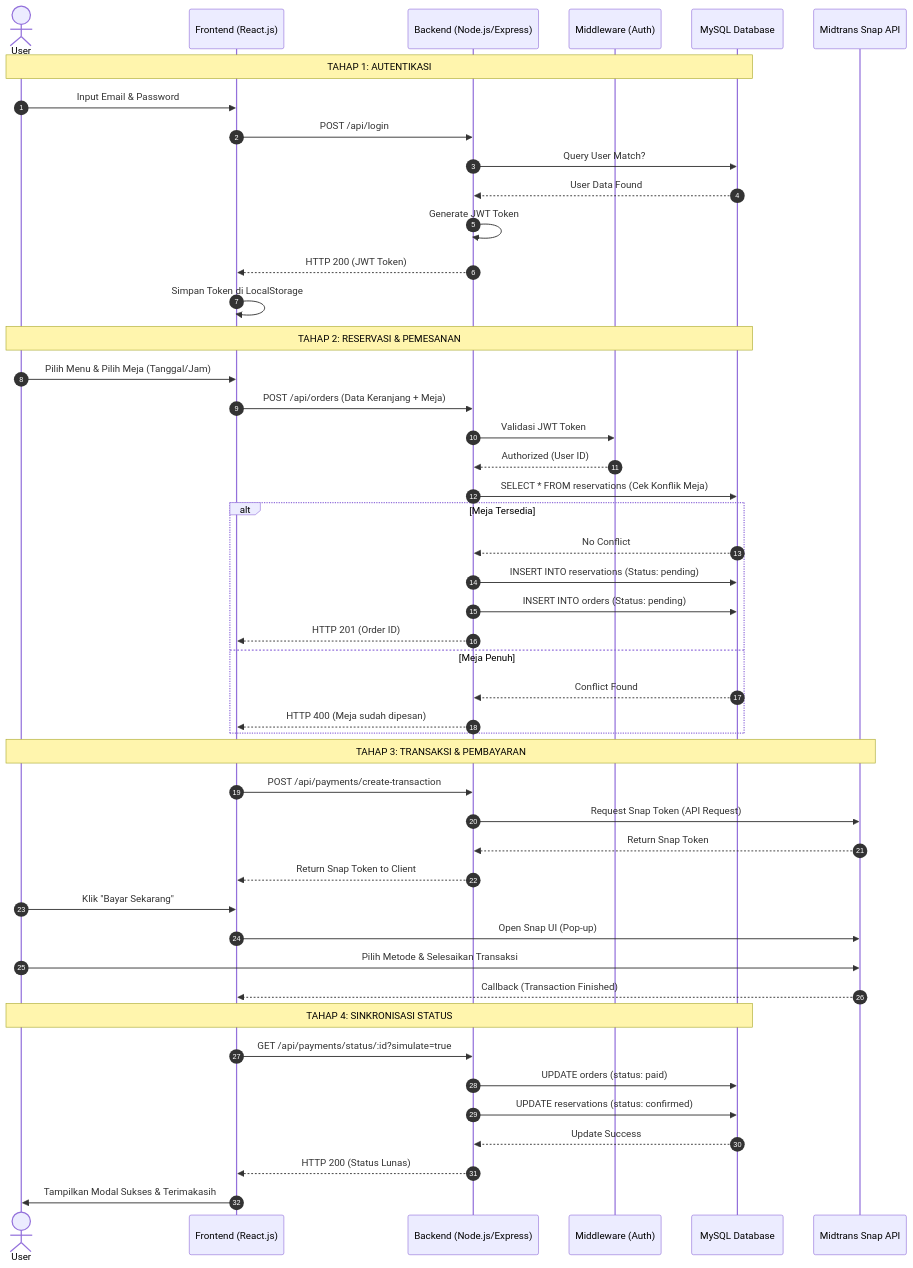
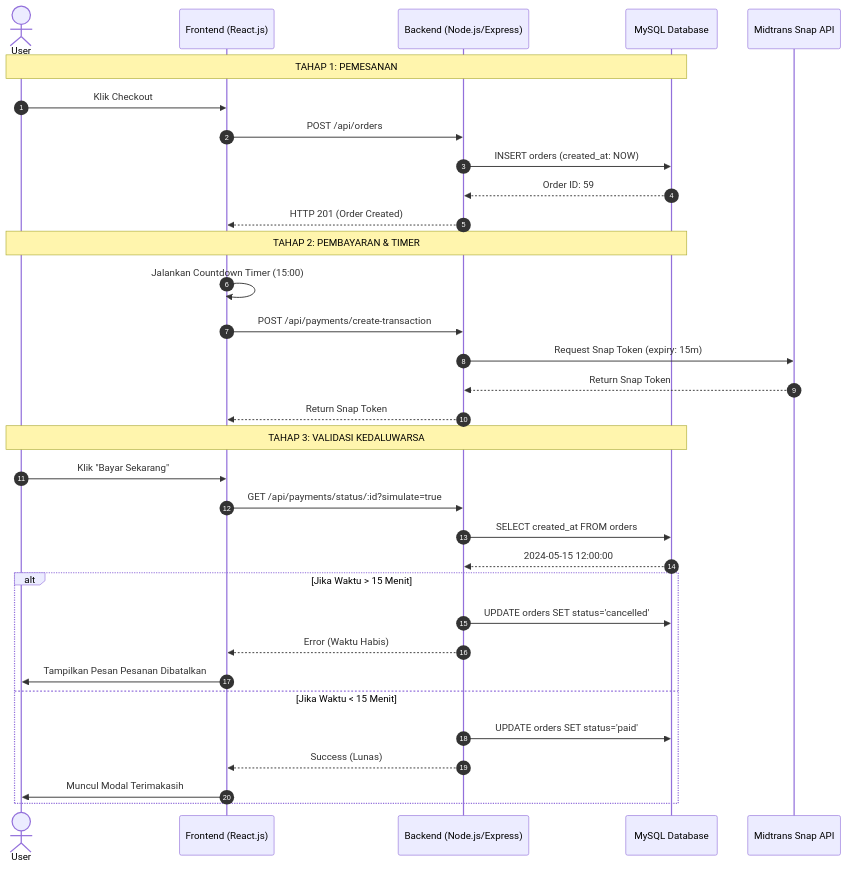
Before and after one commit to AkbarHusaini/website-reservasi-online-Ineri-suki: the third of 3 diagrams in DIAGRAM.md, drawn with Mermaid. The commit also changed other lines of this file, not shown here.

Commit message:
docs: update all diagrams to include 15-minute timer and auto-cancellation logic

````diff
--- a/DIAGRAM.md
+++ b/DIAGRAM.md
@@ -72,55 +77,40 @@
 ```mermaid
 sequenceDiagram
     autonumber
     actor User
     participant FE as Frontend (React.js)
     participant BE as Backend (Node.js/Express)
-    participant JWT as Middleware (Auth)
     participant DB as MySQL Database
     participant PG as Midtrans Snap API
 
-    Note over User, DB: TAHAP 1: AUTENTIKASI
-    User->>FE: Input Email & Password
-    FE->>BE: POST /api/login
-    BE->>DB: Query User Match?
-    DB-->>BE: User Data Found
-    BE->>BE: Generate JWT Token
-    BE-->>FE: HTTP 200 (JWT Token)
-    FE->>FE: Simpan Token di LocalStorage
+    Note over User, DB: TAHAP 1: PEMESANAN
+    User->>FE: Klik Checkout
+    FE->>BE: POST /api/orders
+    BE->>DB: INSERT orders (created_at: NOW)
+    DB-->>BE: Order ID: 59
+    BE-->>FE: HTTP 201 (Order Created)
 
-    Note over User, DB: TAHAP 2: RESERVASI & PEMESANAN
-    User->>FE: Pilih Menu & Pilih Meja (Tanggal/Jam)
-    FE->>BE: POST /api/orders (Data Keranjang + Meja)
-    BE->>JWT: Validasi JWT Token
-    JWT-->>BE: Authorized (User ID)
+    Note over User, DB: TAHAP 2: PEMBAYARAN & TIMER
+    FE->>FE: Jalankan Countdown Timer (15:00)
+    FE->>BE: POST /api/payments/create-transaction
+    BE->>PG: Request Snap Token (expiry: 15m)
+    PG-->>BE: Return Snap Token
+    BE-->>FE: Return Snap Token
+
+    Note over User, DB: TAHAP 3: VALIDASI KEDALUWARSA
+    User->>FE: Klik "Bayar Sekarang"
+    FE->>BE: GET /api/payments/status/:id?simulate=true
     
-    BE->>DB: SELECT * FROM reservations (Cek Konflik Meja)
-    alt Meja Tersedia
-        DB-->>BE: No Conflict
-        BE->>DB: INSERT INTO reservations (Status: pending)
-        BE->>DB: INSERT INTO orders (Status: pending)
-        BE-->>FE: HTTP 201 (Order ID)
-    else Meja Penuh
-        DB-->>BE: Conflict Found
-        BE-->>FE: HTTP 400 (Meja sudah dipesan)
+    BE->>DB: SELECT created_at FROM orders
+    DB-->>BE: 2024-05-15 12:00:00
+    
+    alt Jika Waktu > 15 Menit
+        BE->>DB: UPDATE orders SET status='cancelled'
+        BE-->>FE: Error (Waktu Habis)
+        FE->>User: Tampilkan Pesan Pesanan Dibatalkan
+    else Jika Waktu < 15 Menit
+        BE->>DB: UPDATE orders SET status='paid'
+        BE-->>FE: Success (Lunas)
+        FE->>User: Muncul Modal Terimakasih
     end
-
-    Note over User, PG: TAHAP 3: TRANSAKSI & PEMBAYARAN
-    FE->>BE: POST /api/payments/create-transaction
-    BE->>PG: Request Snap Token (API Request)
-    PG-->>BE: Return Snap Token
-    BE-->>FE: Return Snap Token to Client
-    
-    User->>FE: Klik "Bayar Sekarang"
-    FE->>PG: Open Snap UI (Pop-up)
-    User->>PG: Pilih Metode & Selesaikan Transaksi
-    PG-->>FE: Callback (Transaction Finished)
-
-    Note over User, DB: TAHAP 4: SINKRONISASI STATUS
-    FE->>BE: GET /api/payments/status/:id?simulate=true
-    BE->>DB: UPDATE orders (status: paid)
-    BE->>DB: UPDATE reservations (status: confirmed)
-    DB-->>BE: Update Success
-    BE-->>FE: HTTP 200 (Status Lunas)
-    FE->>User: Tampilkan Modal Sukses & Terimakasih
 ```
````
